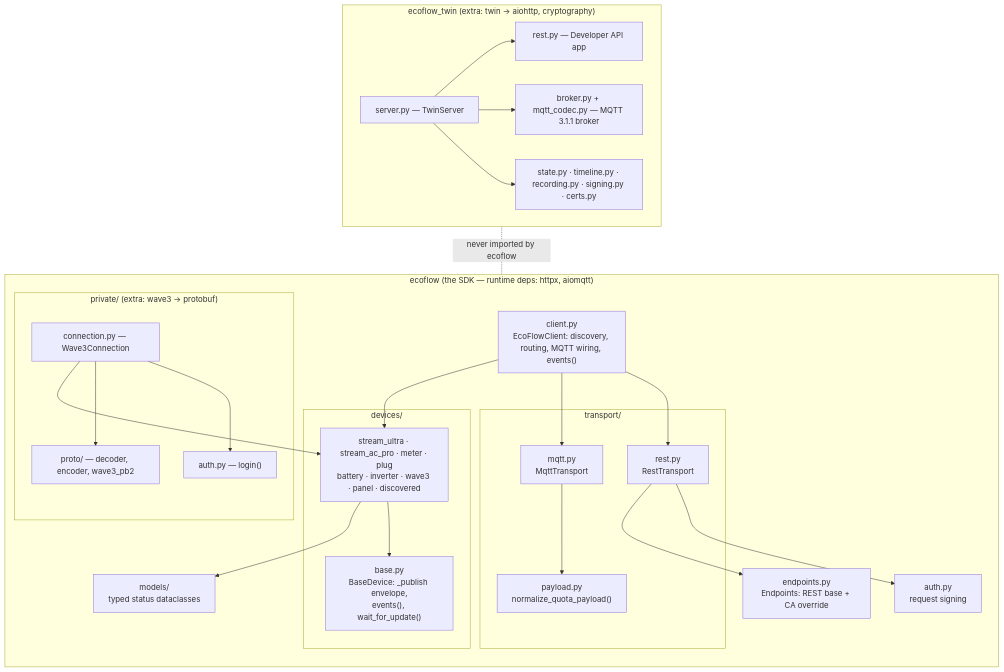
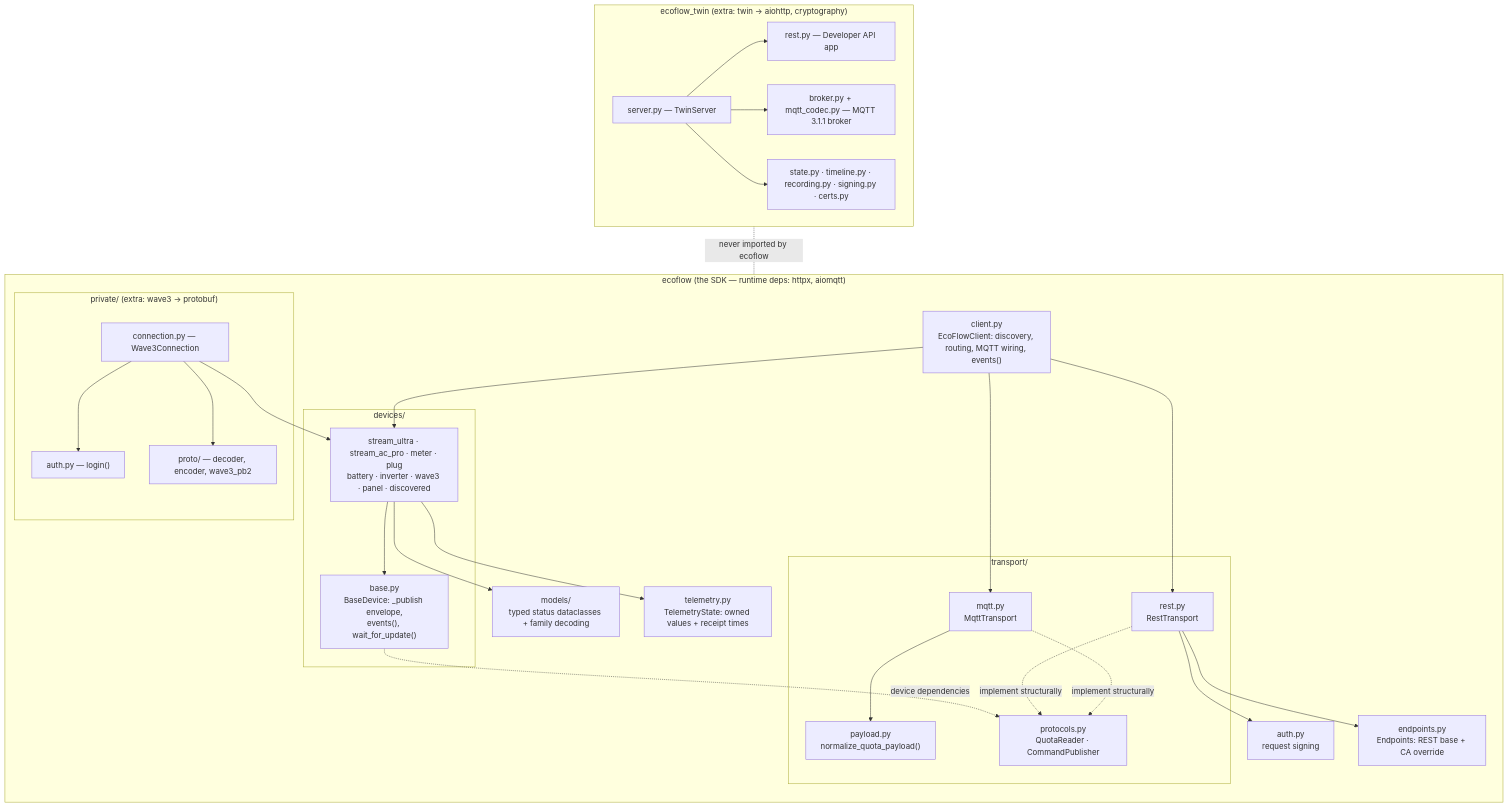
Before and after one commit to colombod/ecoflow-sdk: the second of 6 diagrams in python/docs/architecture.md, drawn with Mermaid. The commit also changed other lines of this file and 16 other files, not shown here.

````diff
--- a/python/docs/architecture.md
+++ b/python/docs/architecture.md
@@ -67,39 +68,43 @@
 ```mermaid
 flowchart TB
     subgraph ecoflow["ecoflow (the SDK — runtime deps: httpx, aiomqtt)"]
         direction TB
         clientpy["client.py<br/>EcoFlowClient: discovery, routing, MQTT wiring, events()"]
         endpoints["endpoints.py<br/>Endpoints: REST base + CA override"]
         auth["auth.py<br/>request signing"]
         subgraph transport["transport/"]
             rest["rest.py<br/>RestTransport"]
             mqtt["mqtt.py<br/>MqttTransport"]
             payload["payload.py<br/>normalize_quota_payload()"]
+            ports["protocols.py<br/>QuotaReader · CommandPublisher"]
         end
         subgraph devices["devices/"]
             base["base.py<br/>BaseDevice: _publish envelope,<br/>events(), wait_for_update()"]
             typed["stream_ultra · stream_ac_pro · meter · plug<br/>battery · inverter · wave3 · panel · discovered"]
         end
-        models["models/<br/>typed status dataclasses"]
+        models["models/<br/>typed status dataclasses + family decoding"]
+        telemetry["telemetry.py<br/>TelemetryState: owned values + receipt times"]
         subgraph privatepkg["private/ (extra: wave3 → protobuf)"]
             pauth["auth.py — login()"]
             conn["connection.py — Wave3Connection"]
             proto["proto/ — decoder, encoder, wave3_pb2"]
         end
     end
 
     subgraph twinpkg["ecoflow_twin (extra: twin → aiohttp, cryptography)"]
         server["server.py — TwinServer"]
         trest["rest.py — Developer API app"]
         broker["broker.py + mqtt_codec.py — MQTT 3.1.1 broker"]
         tstate["state.py · timeline.py · recording.py · signing.py · certs.py"]
     end
 
     clientpy --> rest & mqtt & typed
     rest --> auth & endpoints
     mqtt --> payload
-    typed --> base & models
+    typed --> base & models & telemetry
+    base -. "device dependencies" .-> ports
+    rest & mqtt -. "implement structurally" .-> ports
     conn --> pauth & proto & typed
     server --> trest & broker & tstate
     twinpkg -. "never imported by ecoflow" .- ecoflow
 ```
````
